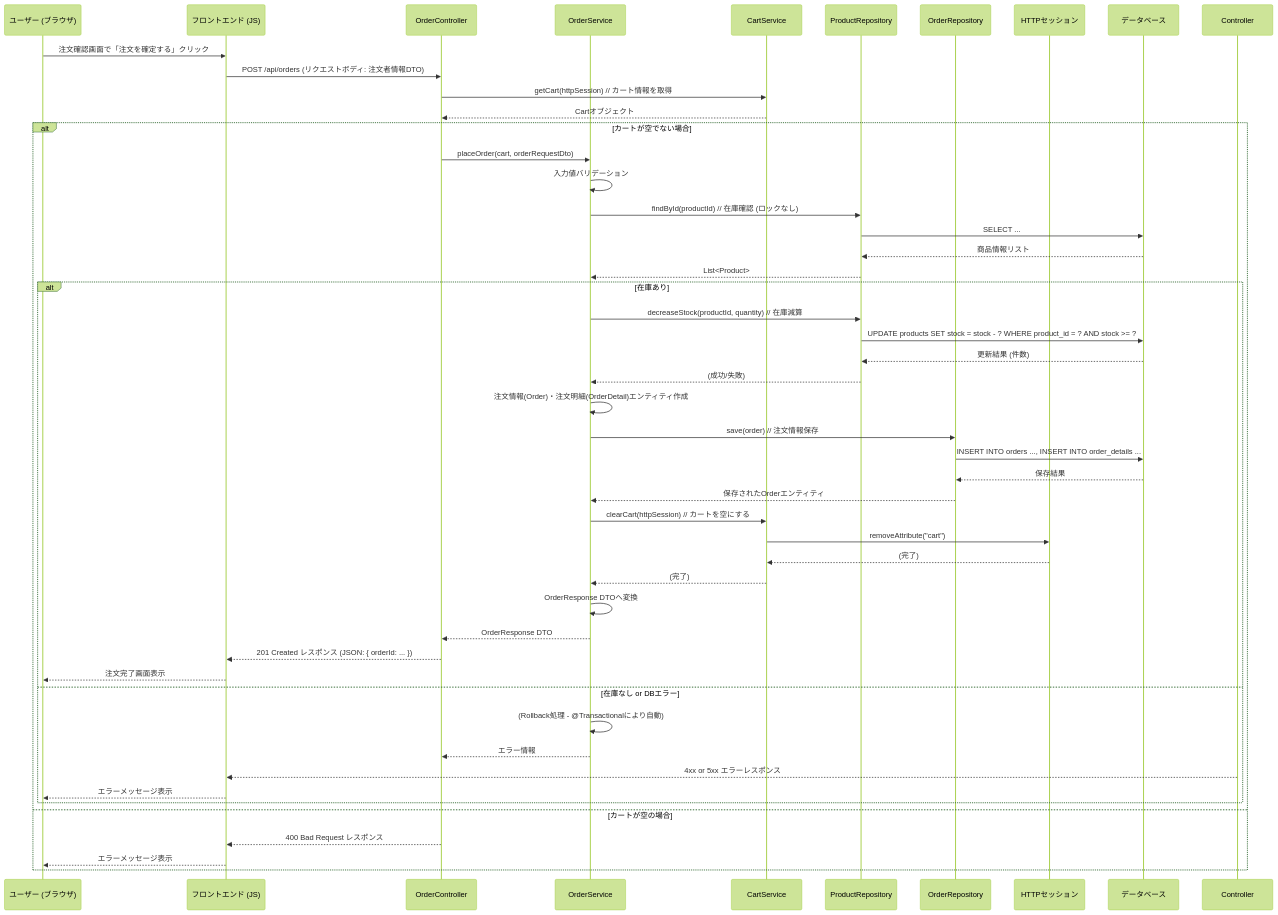
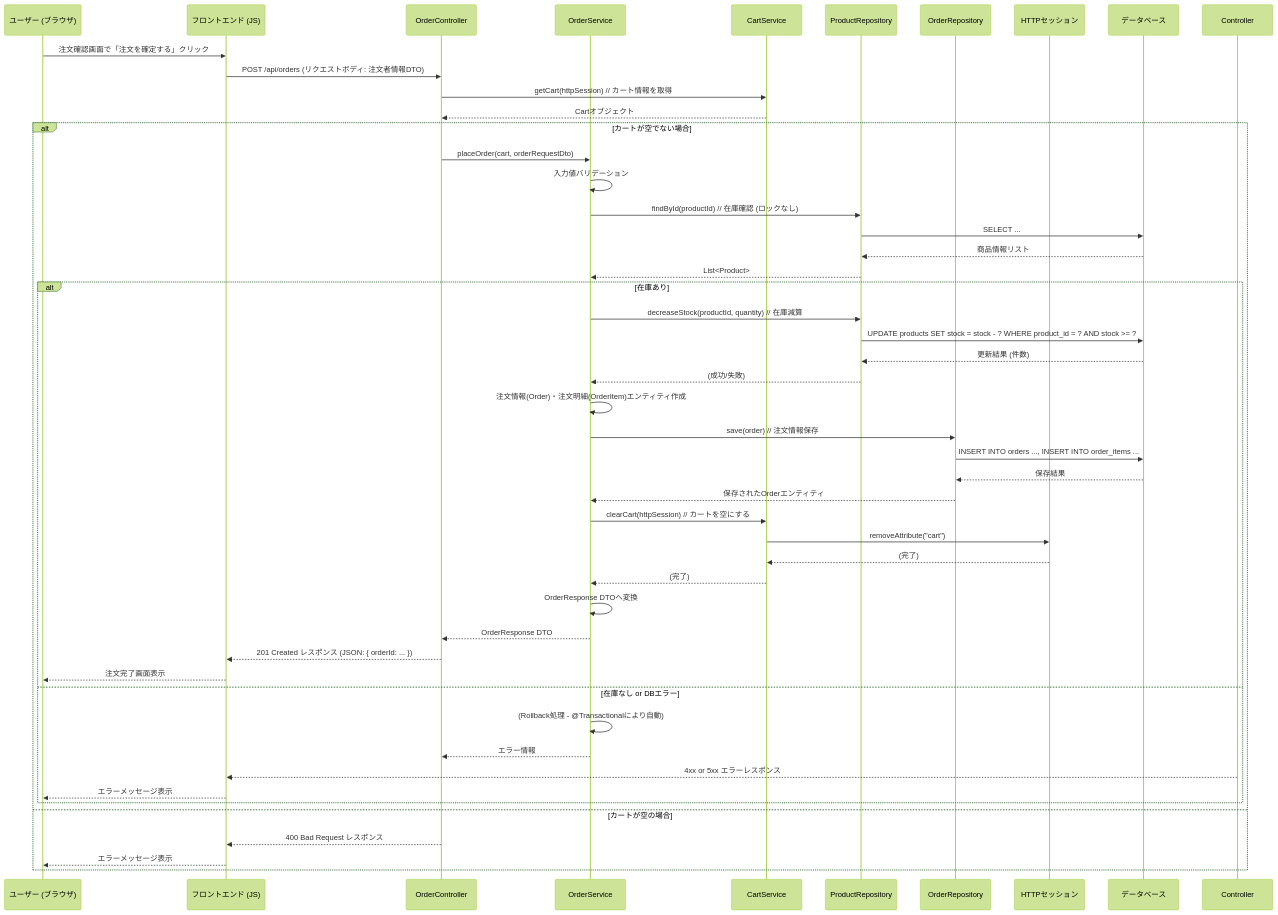
Before and after one commit to Rikumt12/Popcorn: the seventh of 13 diagrams in 詳細設計書/詳細設計書.md, drawn with Mermaid. The commit also changed other lines of this file and 1 other file, not shown here.

````diff
--- a/詳細設計書/詳細設計書.md
+++ b/詳細設計書/詳細設計書.md
@@ -238,57 +239,57 @@
 ```mermaid
 %%{init:{'theme':'forest'}}%%
 sequenceDiagram
     participant User as ユーザー (ブラウザ)
     participant FE as フロントエンド (JS)
     participant OrderController
     participant OrderService
     participant CartService
     participant ProductRepository
     participant OrderRepository
     participant HttpSession as HTTPセッション
     participant DB as データベース
  
     User->>FE: 注文確認画面で「注文を確定する」クリック
     FE->>OrderController: POST /api/orders (リクエストボディ: 注文者情報DTO)
     OrderController->>CartService: getCart(httpSession) // カート情報を取得
     CartService-->>OrderController: Cartオブジェクト
  
     alt カートが空でない場合
         OrderController->>OrderService: placeOrder(cart, orderRequestDto)
         OrderService->>OrderService: 入力値バリデーション
         OrderService->>ProductRepository: findById(productId) // 在庫確認 (ロックなし)
         ProductRepository->>DB: SELECT ...
         DB-->>ProductRepository: 商品情報リスト
         ProductRepository-->>OrderService: List<Product>
         alt 在庫あり
             OrderService->>ProductRepository: decreaseStock(productId, quantity) // 在庫減算
             ProductRepository->>DB: UPDATE products SET stock = stock - ? WHERE product_id = ? AND stock >= ?
             DB-->>ProductRepository: 更新結果 (件数)
             ProductRepository-->>OrderService: (成功/失敗)
  
-            OrderService->>OrderService: 注文情報(Order)・注文明細(OrderDetail)エンティティ作成
+            OrderService->>OrderService: 注文情報(Order)・注文明細(OrderItem)エンティティ作成
             OrderService->>OrderRepository: save(order) // 注文情報保存
-            OrderRepository->>DB: INSERT INTO orders ..., INSERT INTO order_details ...
+            OrderRepository->>DB: INSERT INTO orders ..., INSERT INTO order_items ...
             DB-->>OrderRepository: 保存結果
             OrderRepository-->>OrderService: 保存されたOrderエンティティ
  
             OrderService->>CartService: clearCart(httpSession) // カートを空にする
             CartService->>HttpSession: removeAttribute("cart")
             HttpSession-->>CartService: (完了)
             CartService-->>OrderService: (完了)
  
             OrderService->>OrderService: OrderResponse DTOへ変換
             OrderService-->>OrderController: OrderResponse DTO
             OrderController-->>FE: 201 Created レスポンス (JSON: { orderId: ... })
             FE-->>User: 注文完了画面表示
         else 在庫なし or DBエラー
             OrderService->>OrderService: (Rollback処理 - @Transactionalにより自動)
             OrderService-->>OrderController: エラー情報
             Controller-->>FE: 4xx or 5xx エラーレスポンス
             FE-->>User: エラーメッセージ表示
         end
     else カートが空の場合
         OrderController-->>FE: 400 Bad Request レスポンス
         FE-->>User: エラーメッセージ表示
     end
 ```
````
